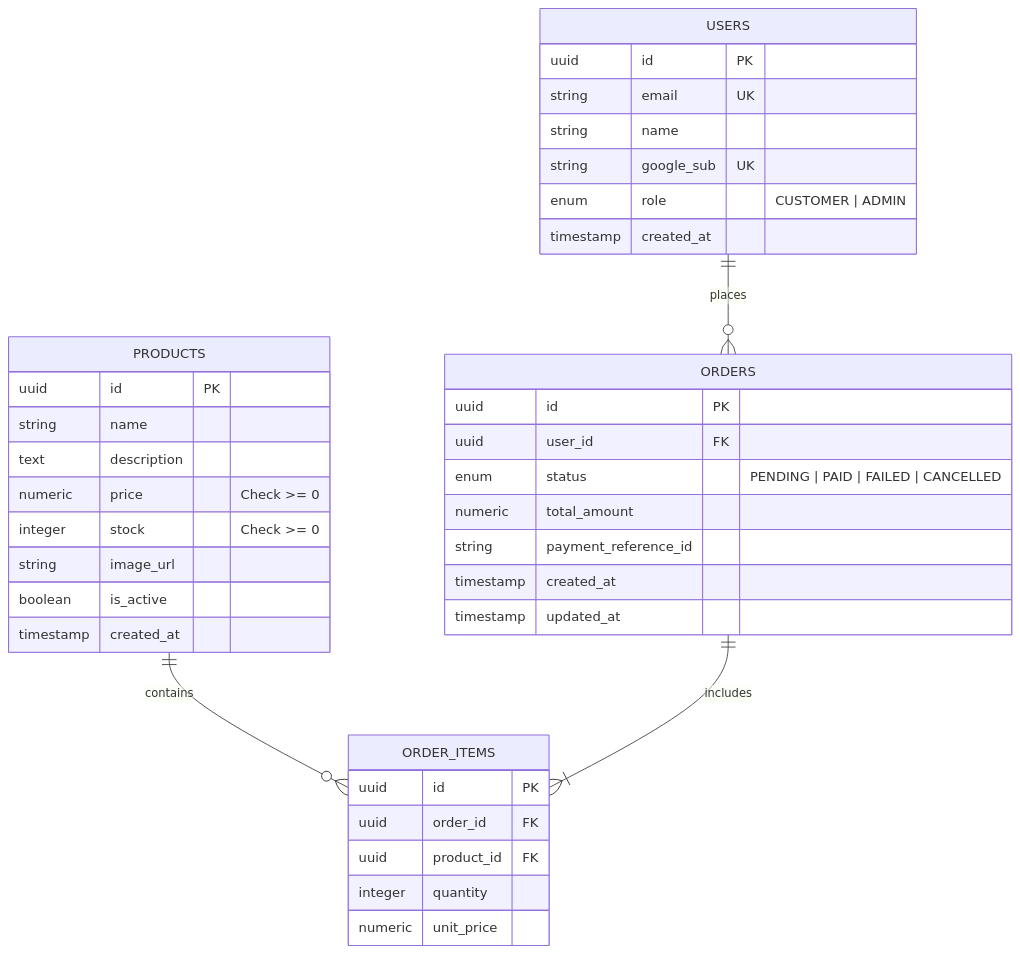
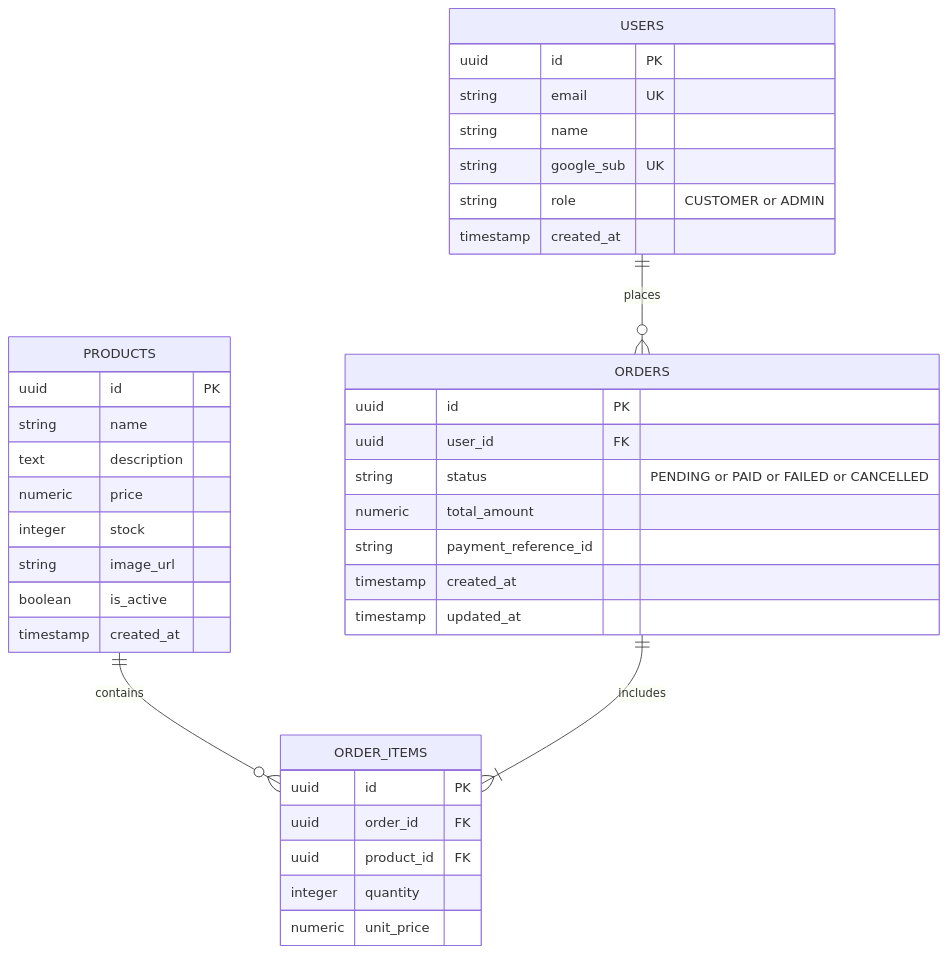
Before and after one commit to Ritika8664/Backend-E-Commerce: the second of 2 diagrams in README.md, drawn with Mermaid. The commit also changed other lines of this file, not shown here.

````diff
--- a/README.md
+++ b/README.md
@@ -77,44 +77,44 @@
 ```mermaid
 erDiagram
     USERS ||--o{ ORDERS : places
     PRODUCTS ||--o{ ORDER_ITEMS : contains
     ORDERS ||--|{ ORDER_ITEMS : includes
 
     USERS {
         uuid id PK
         string email UK
         string name
         string google_sub UK
-        enum role "CUSTOMER | ADMIN"
+        string role "CUSTOMER or ADMIN"
         timestamp created_at
     }
 
     PRODUCTS {
         uuid id PK
         string name
         text description
-        numeric price "Check >= 0"
-        integer stock "Check >= 0"
+        numeric price
+        integer stock
         string image_url
         boolean is_active
         timestamp created_at
     }
 
     ORDERS {
         uuid id PK
         uuid user_id FK
-        enum status "PENDING | PAID | FAILED | CANCELLED"
+        string status "PENDING or PAID or FAILED or CANCELLED"
         numeric total_amount
         string payment_reference_id
         timestamp created_at
         timestamp updated_at
     }
 
     ORDER_ITEMS {
         uuid id PK
         uuid order_id FK
         uuid product_id FK
         integer quantity
         numeric unit_price
     }
 ```
````
